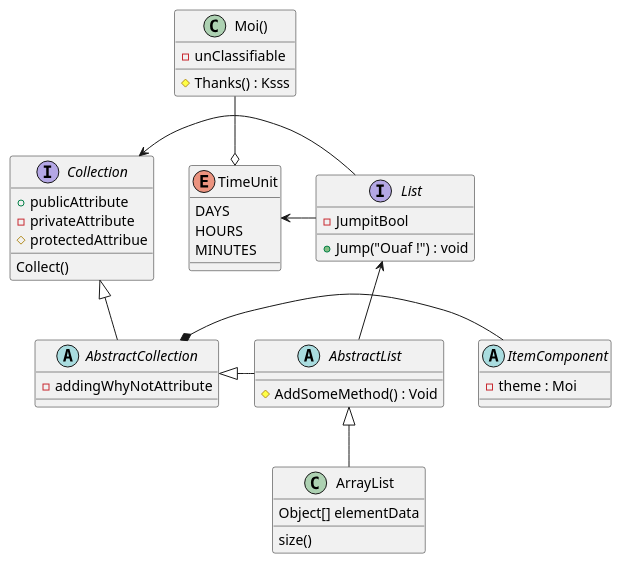
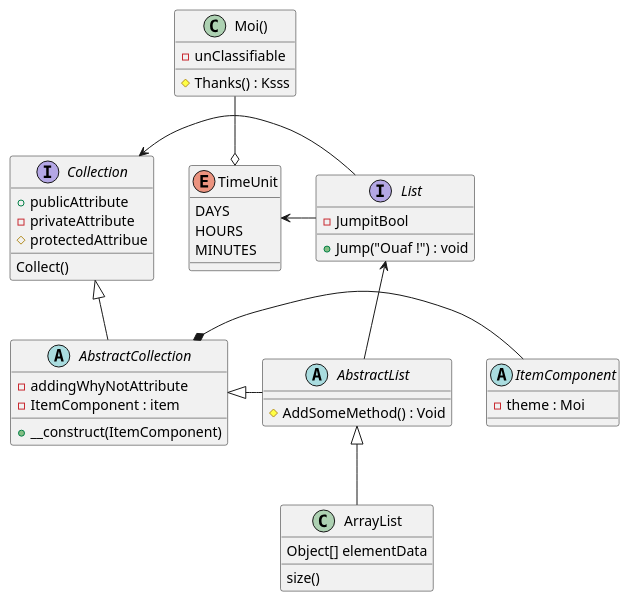
Before and after one commit to rdanf1/UML_1st_Sample_On_PhpStorm: the diagram in PlantUML Sample Class Type.puml, drawn with PlantUML.

Commit message:
Parameter of component in construct on Collection : __construct method of a class sample

```diff
--- a/PlantUML Sample Class Type.puml
+++ b/PlantUML Sample Class Type.puml
@@ -1,59 +1,61 @@
 @startuml
 'https://plantuml.com/class-diagram
 
 class Moi() {
     - unClassifiable
     # Thanks() : Ksss
 }
 'True ! ( Weak bonded with Time Unit )
 "Moi()" -down-o TimeUnit
 ' These work too (any combination)
 'Moi *-down-* TimeUnit
 'Moi -down-+ TimeUnit
 'Moi -down-# TimeUnit
 
 
 
 abstract class AbstractList {
     # AddSomeMethod() : Void
 }
 abstract AbstractCollection {
     - addingWhyNotAttribute
+    - ItemComponent : item
+    + __construct(ItemComponent)
 }
 interface List {
     - JumpitBool
     + Jump("Ouaf !") : void
     }
 interface Collection {
     + publicAttribute
     - privateAttribute
     # protectedAttribue
     Collect()
     }
 
 abstract ItemComponent {
     - theme : Moi
 }
 
 ' Bottom didn't work... (the rabbit)
 AbstractCollection *-Right- ItemComponent
 
 List <-- AbstractList
 Collection <|-- AbstractCollection
 Collection <- List
 AbstractCollection <|- AbstractList
 AbstractList <|-- ArrayList
 
 class ArrayList {
 Object[] elementData
 size()
 }
 enum TimeUnit {
 DAYS
 HOURS
 MINUTES
 }
 
 ' nice jump !
 TimeUnit <-right- List
 @enduml
```
